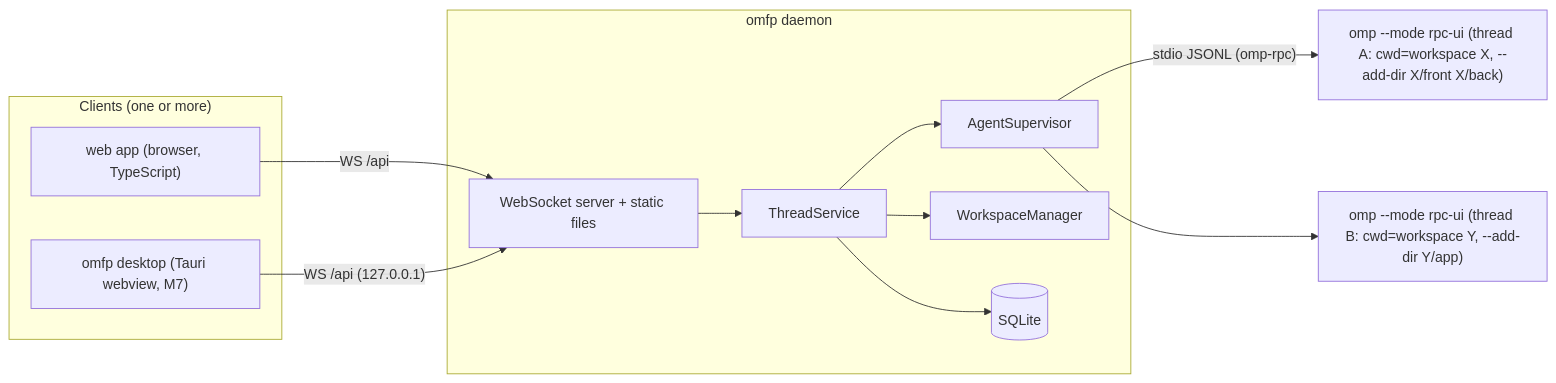
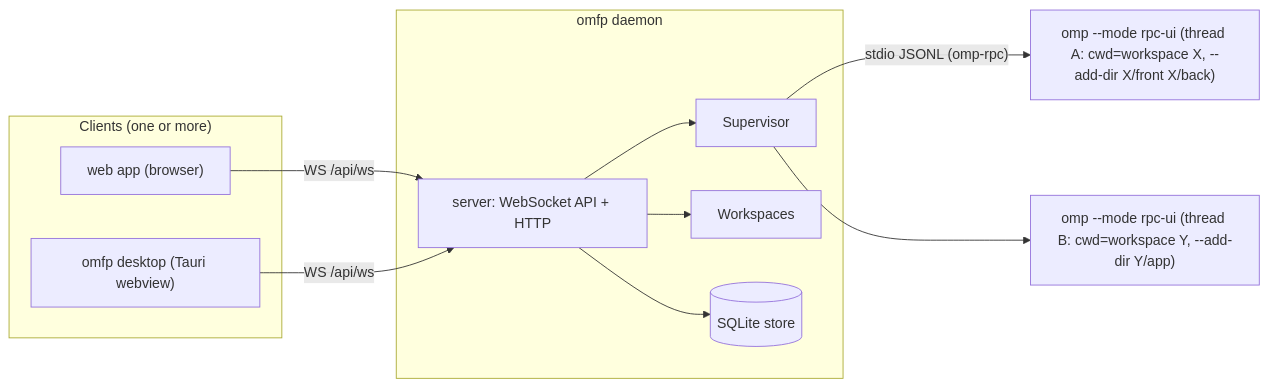
One commit to TonioGela/omfp changed the second of 3 diagrams in docs/specs/00-overview.md. Above: the diagram before and after it, drawn with Mermaid. The commit also changed other lines of this file and 257 other files, not shown here.

````diff
--- a/docs/specs/00-overview.md
+++ b/docs/specs/00-overview.md
@@ -52,20 +49,18 @@
 ```mermaid
 flowchart LR
   subgraph client["Clients (one or more)"]
-    W["web app (browser, TypeScript)"]
-    D["omfp desktop (Tauri webview, M7)"]
+    W["web app (browser)"]
+    D["omfp desktop (Tauri webview)"]
   end
   subgraph daemon["omfp daemon"]
-    WS[WebSocket server + static files]
-    TS[ThreadService]
-    SUP[AgentSupervisor]
-    WK[WorkspaceManager]
-    DB[(SQLite)]
+    WS[server: WebSocket API + HTTP]
+    SUP[Supervisor]
+    WK[Workspaces]
+    DB[(SQLite store)]
   end
-  W -- "WS /api" --> WS
-  D -- "WS /api (127.0.0.1)" --> WS
-  WS --> TS
-  TS --> SUP & WK & DB
+  W -- "WS /api/ws" --> WS
+  D -- "WS /api/ws" --> WS
+  WS --> SUP & WK & DB
   SUP -- "stdio JSONL (omp-rpc)" --> O1["omp --mode rpc-ui (thread A: cwd=workspace X, --add-dir X/front X/back)"]
   SUP --> O2["omp --mode rpc-ui (thread B: cwd=workspace Y, --add-dir Y/app)"]
 ```
````
